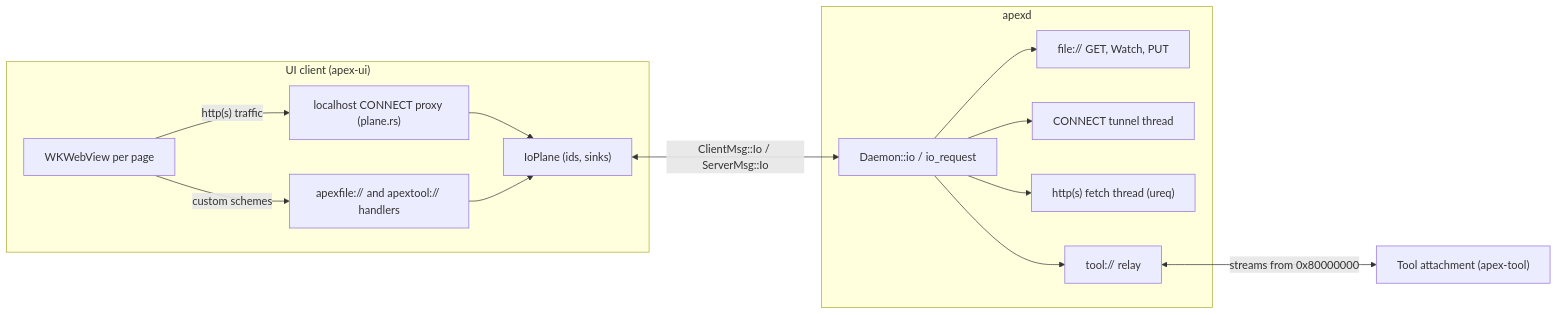
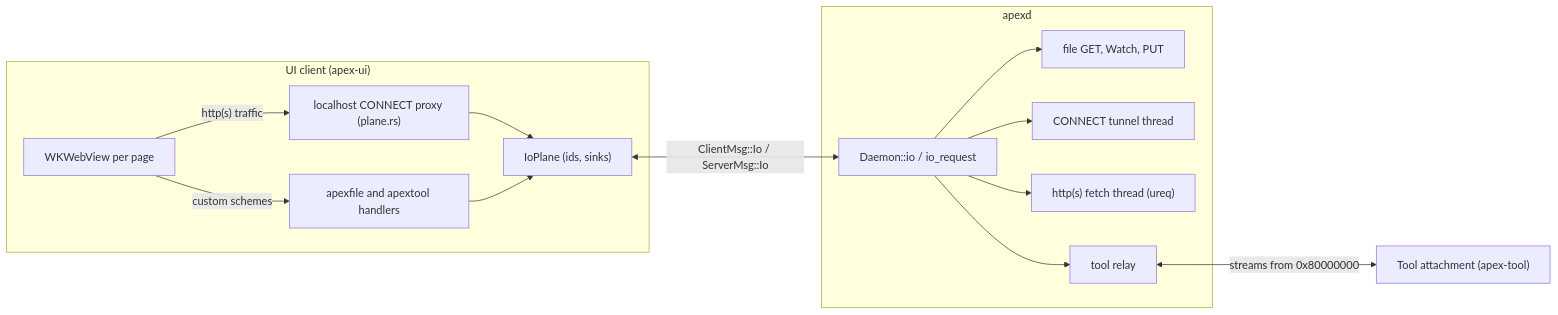
Before and after one commit to mariusae/apex: the first of 4 diagrams in docs/wiki/io-plane-and-pages.md, drawn with Mermaid. The commit also changed other lines of this file and 137 other files, not shown here.

````diff
--- a/docs/wiki/io-plane-and-pages.md
+++ b/docs/wiki/io-plane-and-pages.md
@@ -11,27 +11,27 @@
 ```mermaid
 flowchart LR
     subgraph Client["UI client (apex-ui)"]
         View["WKWebView per page"]
         Proxy["localhost CONNECT proxy (plane.rs)"]
-        Fetcher["apexfile:// and apextool:// handlers"]
+        Fetcher["apexfile and apextool handlers"]
         Plane["IoPlane (ids, sinks)"]
         View -->|"http(s) traffic"| Proxy
         View -->|"custom schemes"| Fetcher
         Proxy --> Plane
         Fetcher --> Plane
     end
     subgraph Daemon["apexd"]
         Io["Daemon::io / io_request"]
-        Files["file:// GET, Watch, PUT"]
+        Files["file GET, Watch, PUT"]
         Tunnel["CONNECT tunnel thread"]
         Fetch["http(s) fetch thread (ureq)"]
-        Relay["tool:// relay"]
+        Relay["tool relay"]
         Io --> Files
         Io --> Tunnel
         Io --> Fetch
         Io --> Relay
     end
     Tool["Tool attachment (apex-tool)"]
     Plane <-->|"ClientMsg::Io / ServerMsg::Io"| Io
     Relay <-->|"streams from 0x80000000"| Tool
 ```
````
